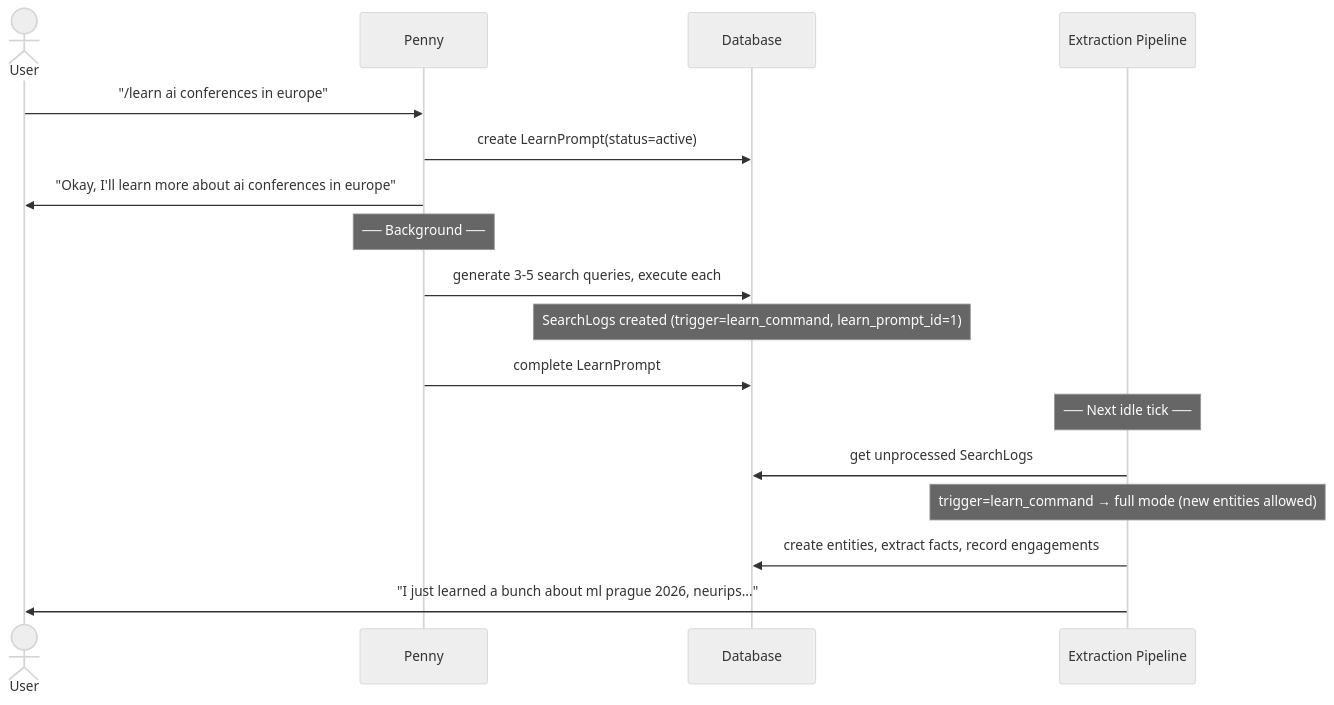
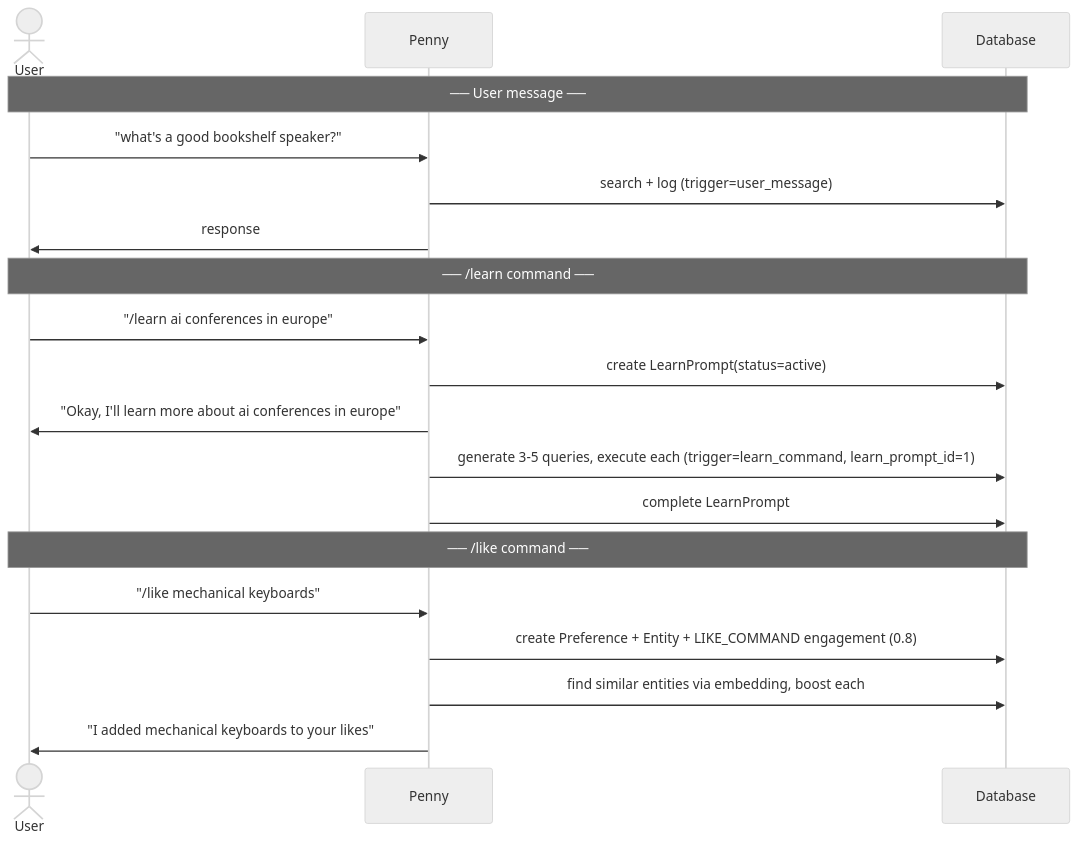
The first of 6 diagrams in docs/knowledge-system-flows.md (jaredlockhart/penny), drawn with Mermaid (neutral theme) before and after one commit. The commit also changed other lines of this file, not shown here.

First line of the commit message:
docs: reorganize diagrams by system component

````diff
--- a/docs/knowledge-system-flows.md
+++ b/docs/knowledge-system-flows.md
@@ -30,24 +7,27 @@
 ```mermaid
 sequenceDiagram
     actor User
     participant Penny
     participant DB as Database
-    participant Extract as Extraction Pipeline
+
+    Note over User,DB: ── User message ──
+
+    User->>Penny: "what's a good bookshelf speaker?"
+    Penny->>DB: search + log (trigger=user_message)
+    Penny->>User: response
+
+    Note over User,DB: ── /learn command ──
 
     User->>Penny: "/learn ai conferences in europe"
     Penny->>DB: create LearnPrompt(status=active)
     Penny->>User: "Okay, I'll learn more about ai conferences in europe"
-
-    Note over Penny: ── Background ──
-
-    Penny->>DB: generate 3-5 search queries, execute each
-    Note over DB: SearchLogs created (trigger=learn_command, learn_prompt_id=1)
+    Penny->>DB: generate 3-5 queries, execute each (trigger=learn_command, learn_prompt_id=1)
     Penny->>DB: complete LearnPrompt
 
-    Note over Extract: ── Next idle tick ──
+    Note over User,DB: ── /like command ──
 
-    Extract->>DB: get unprocessed SearchLogs
-    Note over Extract: trigger=learn_command → full mode (new entities allowed)
-    Extract->>DB: create entities, extract facts, record engagements
-    Extract->>User: "I just learned a bunch about ml prague 2026, neurips..."
+    User->>Penny: "/like mechanical keyboards"
+    Penny->>DB: create Preference + Entity + LIKE_COMMAND engagement (0.8)
+    Penny->>DB: find similar entities via embedding, boost each
+    Penny->>User: "I added mechanical keyboards to your likes"
 ```
````
